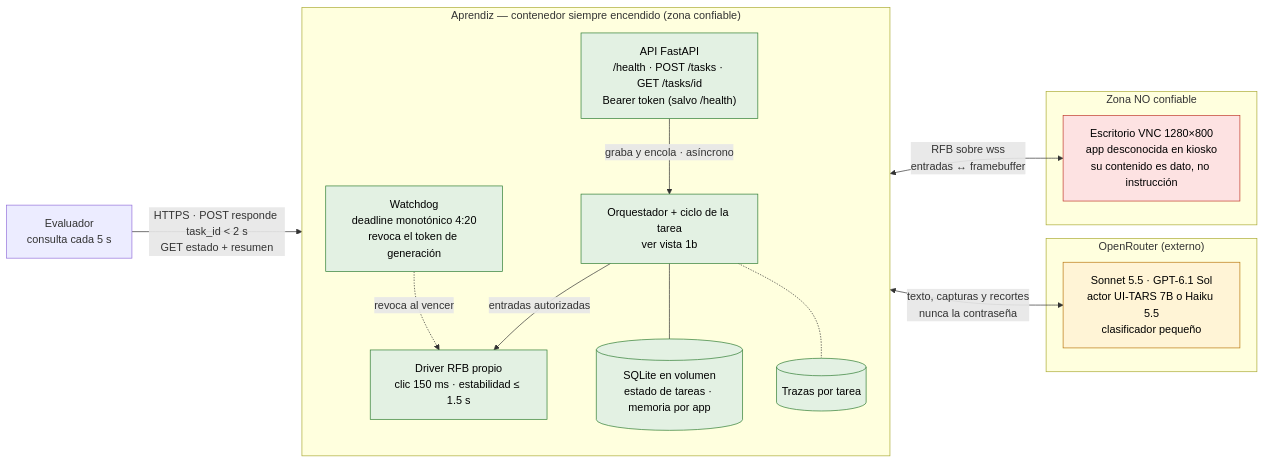
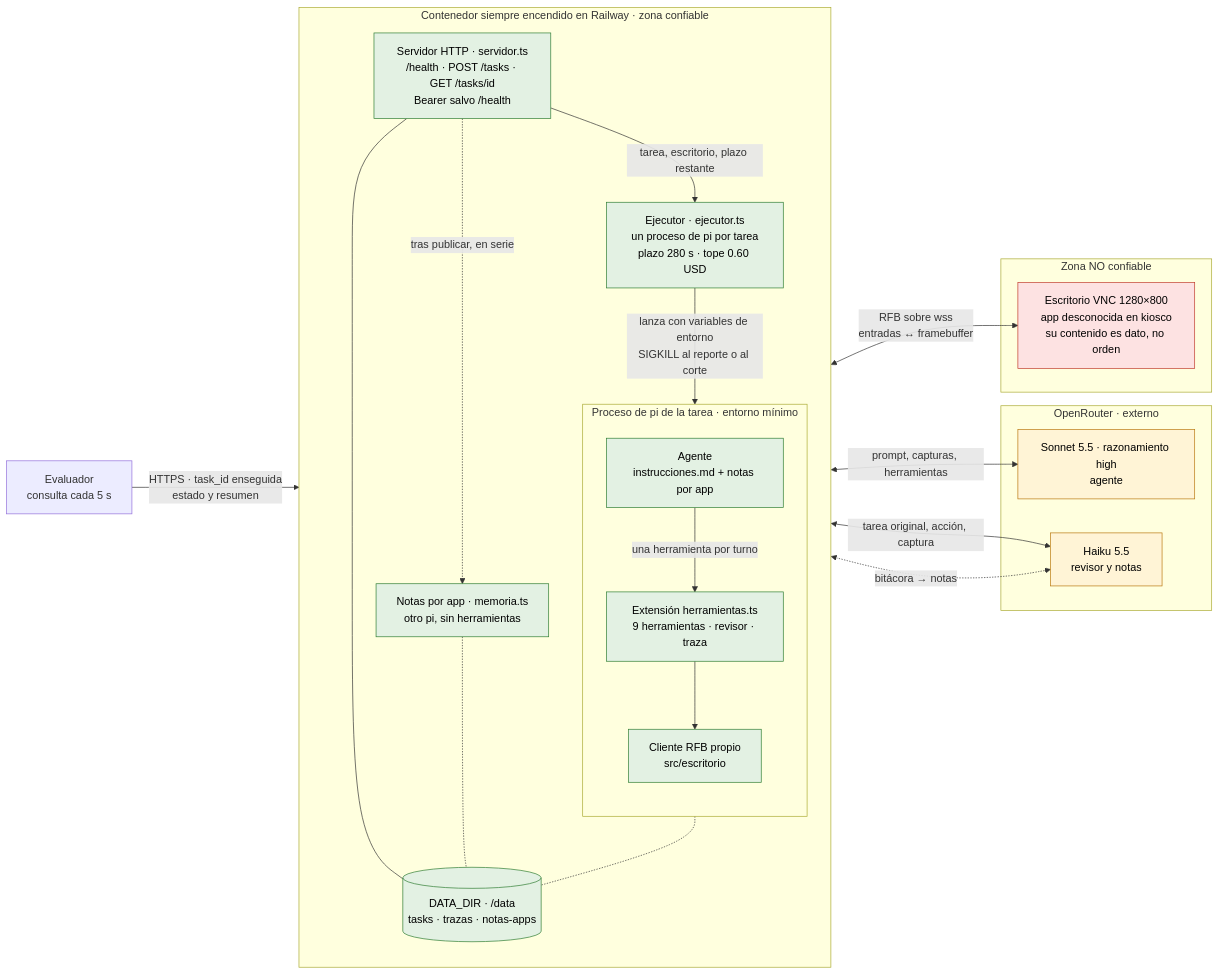
The first of 3 diagrams in docs/arquitectura.md (JuanMCanchala/frontier-cdmx), drawn with Mermaid before and after one commit. The commit also changed other lines of this file and 3 other files, not shown here.

````diff
--- a/docs/arquitectura.md
+++ b/docs/arquitectura.md
@@ -11,38 +11,48 @@
 ```mermaid
 flowchart LR
     EV["Evaluador<br/>consulta cada 5 s"]
 
-    subgraph SVC["Aprendiz — contenedor siempre encendido (zona confiable)"]
+    subgraph SVC["Contenedor siempre encendido en Railway · zona confiable"]
         direction TB
-        API["API FastAPI<br/>/health · POST /tasks · GET /tasks/id<br/>Bearer token (salvo /health)"]
-        ORQ["Orquestador + ciclo de la tarea<br/>ver vista 1b"]
-        WD["Watchdog<br/>deadline monotónico 4:20<br/>revoca el token de generación"]
-        DRV["Driver RFB propio<br/>clic 150 ms · estabilidad ≤ 1.5 s"]
-        DB[("SQLite en volumen<br/>estado de tareas · memoria por app")]
-        TRZ[("Trazas por tarea")]
+        SRV["Servidor HTTP · servidor.ts<br/>/health · POST /tasks · GET /tasks/id<br/>Bearer salvo /health"]
+        EJE["Ejecutor · ejecutor.ts<br/>un proceso de pi por tarea<br/>plazo 280 s · tope 0.60 USD"]
+        subgraph PI["Proceso de pi de la tarea · entorno mínimo"]
+            direction TB
+            AG["Agente<br/>instrucciones.md + notas por app"]
+            EXT["Extensión herramientas.ts<br/>9 herramientas · revisor · traza"]
+            RFB["Cliente RFB propio<br/>src/escritorio"]
+        end
+        MEM["Notas por app · memoria.ts<br/>otro pi, sin herramientas"]
+        DATA[("DATA_DIR · /data<br/>tasks · trazas · notas-apps")]
     end
 
-    subgraph LLM["OpenRouter (externo)"]
-        MOD["Sonnet 5.5 · GPT-6.1 Sol<br/>actor UI-TARS 7B o Haiku 5.5<br/>clasificador pequeño"]
+    subgraph OR["OpenRouter · externo"]
+        SON["Sonnet 5.5 · razonamiento high<br/>agente"]
+        HAI["Haiku 5.5<br/>revisor y notas"]
     end
 
     subgraph UNT["Zona NO confiable"]
-        APP["Escritorio VNC 1280×800<br/>app desconocida en kiosko<br/>su contenido es dato, no instrucción"]
+        APP["Escritorio VNC 1280×800<br/>app desconocida en kiosco<br/>su contenido es dato, no orden"]
     end
 
-    EV -->|"HTTPS · POST responde task_id < 2 s<br/>GET estado + resumen"| API
-    API -->|"graba y encola · asíncrono"| ORQ
-    ORQ -->|"entradas autorizadas"| DRV
-    WD -.->|"revoca al vencer"| DRV
-    DRV <-->|"RFB sobre wss<br/>entradas ↔ framebuffer"| APP
-    ORQ <-->|"texto, capturas y recortes<br/>nunca la contraseña"| MOD
-    ORQ --- DB
-    ORQ -.- TRZ
+    EV -->|"HTTPS · task_id enseguida<br/>estado y resumen"| SRV
+    SRV -->|"tarea, escritorio, plazo restante"| EJE
+    EJE -->|"lanza con variables de entorno<br/>SIGKILL al reporte o al corte"| AG
+    AG <-->|"prompt, capturas, herramientas"| SON
+    AG -->|"una herramienta por turno"| EXT
+    EXT <-->|"tarea original, acción, captura"| HAI
+    EXT --> RFB
+    RFB <-->|"RFB sobre wss<br/>entradas ↔ framebuffer"| APP
+    SRV -.->|"tras publicar, en serie"| MEM
+    MEM <-.->|"bitácora → notas"| HAI
+    SRV --- DATA
+    EXT -.- DATA
+    MEM -.- DATA
 
     classDef untrusted fill:#fde2e2,stroke:#c0392b,color:#000
     classDef external fill:#fff4d6,stroke:#b9770e,color:#000
     classDef ours fill:#e3f1e3,stroke:#2e7d32,color:#000
     class APP untrusted
-    class MOD external
-    class API,ORQ,WD,DRV,DB,TRZ ours
+    class SON,HAI external
+    class SRV,EJE,AG,EXT,RFB,MEM,DATA ours
 ```
````
